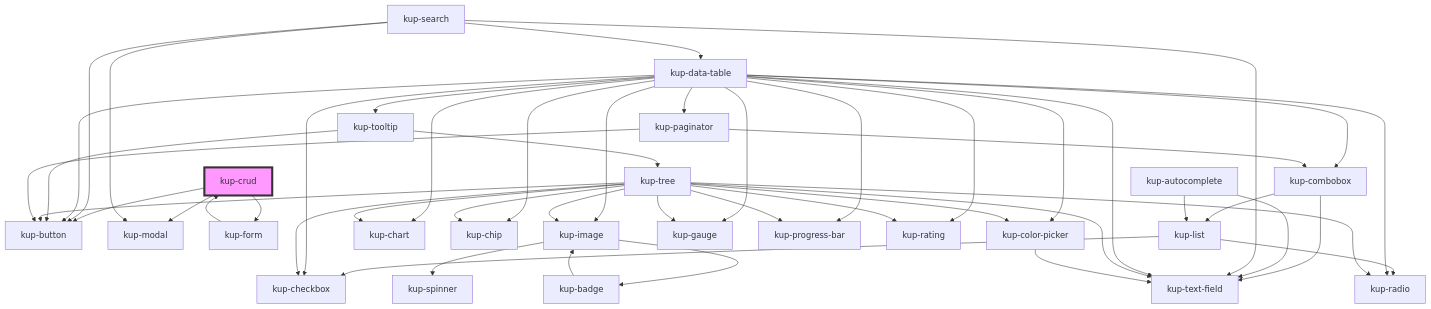
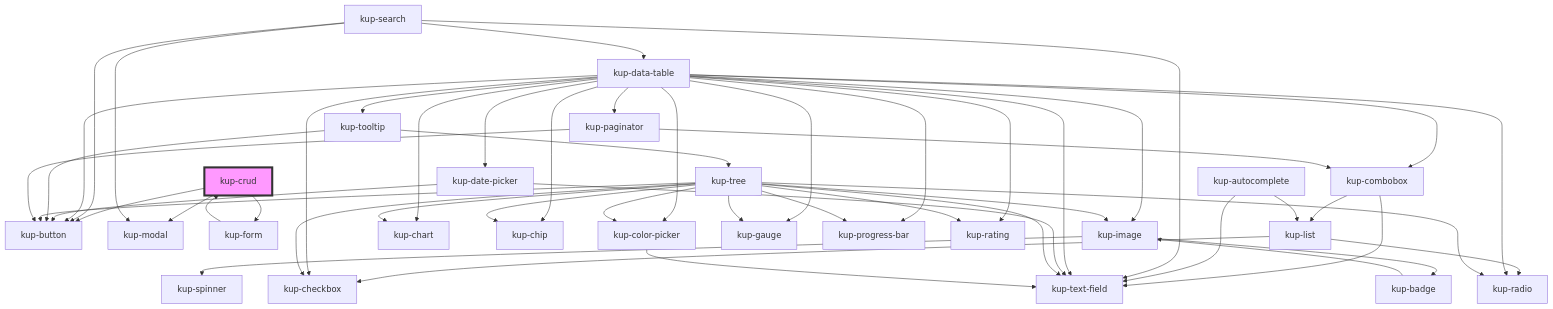
One commit to smeup/ketchup changed the diagram in packages/ketchup/src/components/kup-crud/readme.md. Above: the diagram before and after it, drawn with Mermaid. The commit also changed 14 other files, not shown here.

First line of the commit message:
kup-data-table: for columns type Date/Number view interval fields for filter values

````diff
--- a/packages/ketchup/src/components/kup-crud/readme.md
+++ b/packages/ketchup/src/components/kup-crud/readme.md
@@ -72,51 +72,54 @@
 ```mermaid
 graph TD;
   kup-crud --> kup-button
   kup-crud --> kup-modal
   kup-crud --> kup-form
   kup-form --> kup-crud
   kup-combobox --> kup-text-field
   kup-combobox --> kup-list
   kup-list --> kup-radio
   kup-list --> kup-checkbox
   kup-autocomplete --> kup-text-field
   kup-autocomplete --> kup-list
   kup-search --> kup-text-field
   kup-search --> kup-button
   kup-search --> kup-modal
   kup-search --> kup-data-table
+  kup-data-table --> kup-text-field
+  kup-data-table --> kup-date-picker
   kup-data-table --> kup-checkbox
   kup-data-table --> kup-button
-  kup-data-table --> kup-text-field
   kup-data-table --> kup-tooltip
   kup-data-table --> kup-image
   kup-data-table --> kup-chart
   kup-data-table --> kup-chip
   kup-data-table --> kup-color-picker
   kup-data-table --> kup-gauge
   kup-data-table --> kup-progress-bar
   kup-data-table --> kup-rating
   kup-data-table --> kup-radio
   kup-data-table --> kup-paginator
   kup-data-table --> kup-combobox
+  kup-date-picker --> kup-text-field
+  kup-date-picker --> kup-button
   kup-tooltip --> kup-button
   kup-tooltip --> kup-tree
   kup-tree --> kup-image
   kup-tree --> kup-button
   kup-tree --> kup-chart
   kup-tree --> kup-checkbox
   kup-tree --> kup-chip
   kup-tree --> kup-color-picker
   kup-tree --> kup-gauge
   kup-tree --> kup-progress-bar
   kup-tree --> kup-rating
   kup-tree --> kup-radio
   kup-tree --> kup-text-field
   kup-image --> kup-spinner
   kup-image --> kup-badge
   kup-badge --> kup-image
   kup-color-picker --> kup-text-field
   kup-paginator --> kup-button
   kup-paginator --> kup-combobox
   style kup-crud fill:#f9f,stroke:#333,stroke-width:4px
 ```
````
